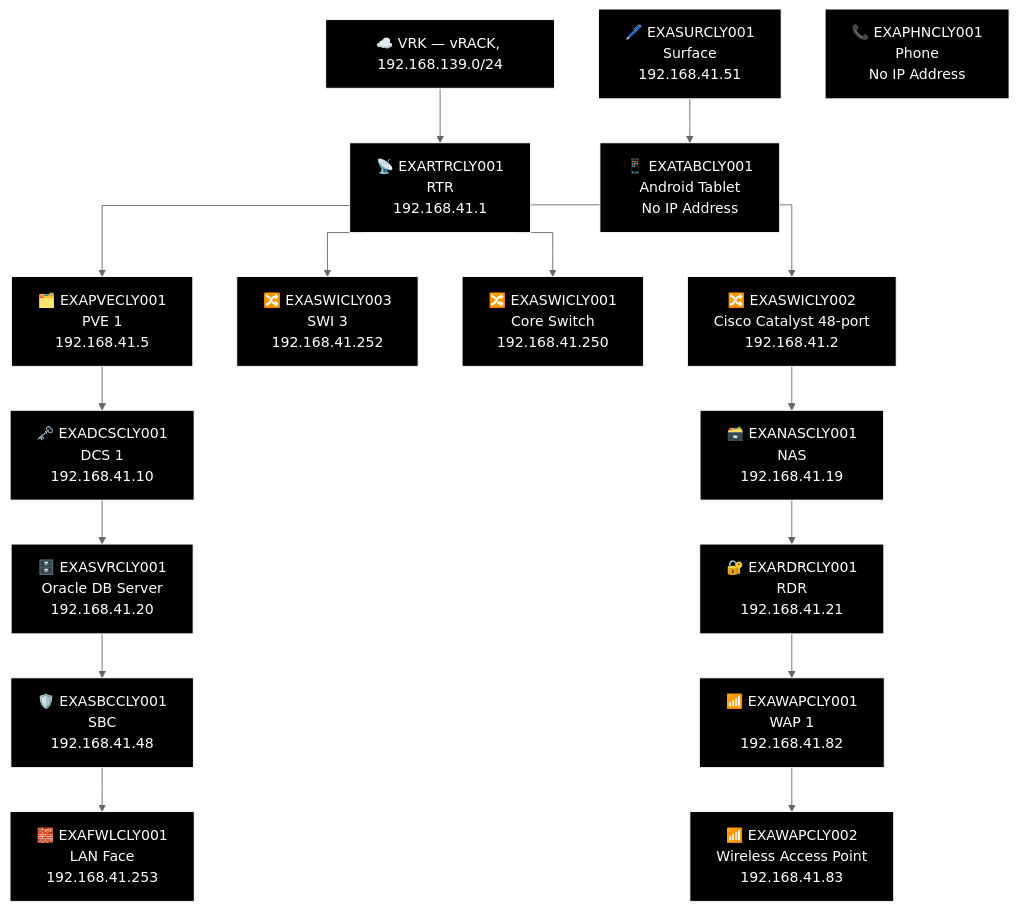
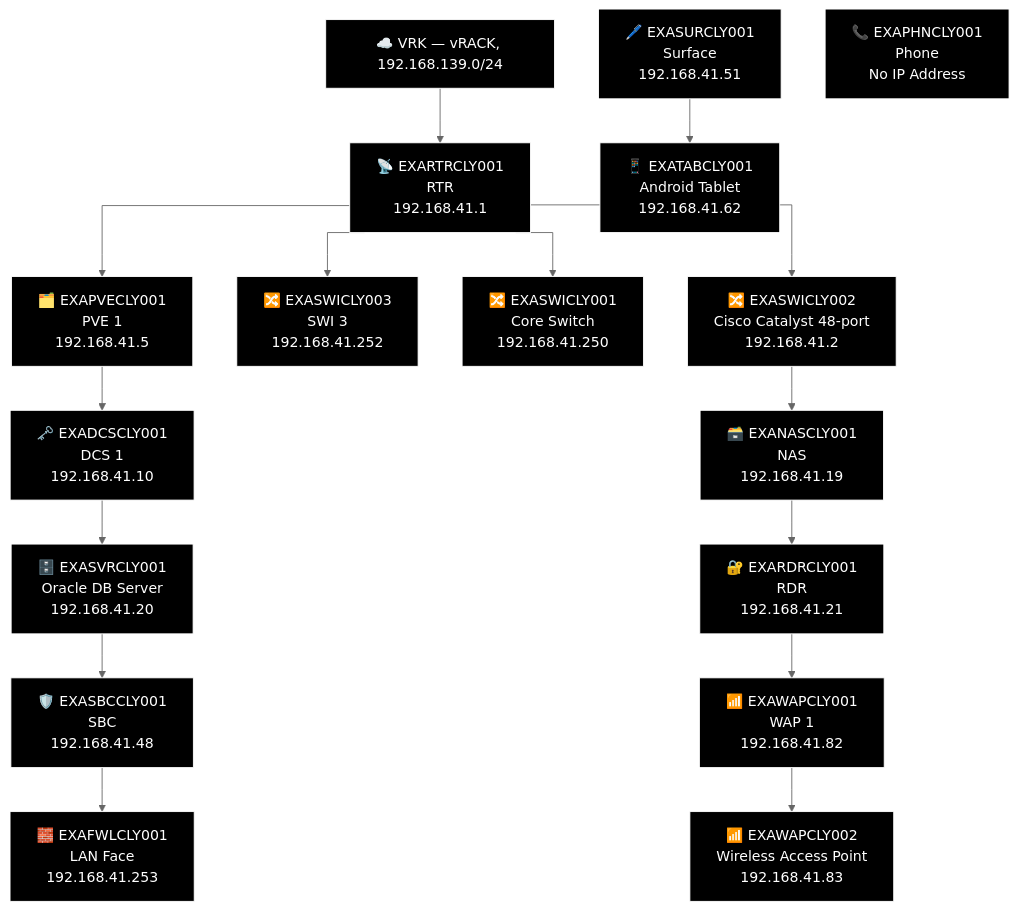
Before and after one commit to knightmare2600/example_music_infra: diagram 12 of 21 in docs/network-diagram/scotland.md, drawn with Mermaid (neutral theme). The commit also changed other lines of this file and 5 other files, not shown here.

````diff
--- a/docs/network-diagram/scotland.md
+++ b/docs/network-diagram/scotland.md
@@ -721,48 +726,48 @@
 ```mermaid
 %% GENERATED:TOPOLOGY:CLY:START
 %%{init: {'flowchart': {'curve': 'stepAfter'}}}%%
 graph TD
     T_VRK["☁️ VRK — vRACK, 192.168.139.0/24"]
     T_RTR["📡 EXARTRCLY001<br/>RTR<br/>192.168.41.1"]
     T_VRK --> T_RTR
     T_PVE["🗂️ EXAPVECLY001<br/>PVE 1<br/>192.168.41.5"]
     T_RTR --> T_PVE
     T_SWI["🔀 EXASWICLY003<br/>SWI 3<br/>192.168.41.252"]
     T_RTR --> T_SWI
     T_SWI2["🔀 EXASWICLY001<br/>Core Switch<br/>192.168.41.250"]
     T_RTR --> T_SWI2
     T_SWI3["🔀 EXASWICLY002<br/>Cisco Catalyst 48-port<br/>192.168.41.2"]
     T_RTR --> T_SWI3
     T_NAS["🗃️ EXANASCLY001<br/>NAS<br/>192.168.41.19"]
     T_RDR["🔐 EXARDRCLY001<br/>RDR<br/>192.168.41.21"]
     T_WAP["📶 EXAWAPCLY001<br/>WAP 1<br/>192.168.41.82"]
     T_WAP2["📶 EXAWAPCLY002<br/>Wireless Access Point<br/>192.168.41.83"]
     T_SWI3 --> T_NAS --> T_RDR --> T_WAP --> T_WAP2
     T_DCS["🗝️ EXADCSCLY001<br/>DCS 1<br/>192.168.41.10"]
     T_SVR["🗄️ EXASVRCLY001<br/>Oracle DB Server<br/>192.168.41.20"]
     T_SBC["🛡️ EXASBCCLY001<br/>SBC<br/>192.168.41.48"]
     T_FWL["🧱 EXAFWLCLY001<br/>LAN Face<br/>192.168.41.253"]
     T_PVE --> T_DCS --> T_SVR --> T_SBC --> T_FWL
     T_SUR["🖊️ EXASURCLY001<br/>Surface<br/>192.168.41.51"]
     T_PHN["📞 EXAPHNCLY001<br/>Phone<br/>No IP Address"]
-    T_TAB["📱 EXATABCLY001<br/>Android Tablet<br/>No IP Address"]
+    T_TAB["📱 EXATABCLY001<br/>Android Tablet<br/>192.168.41.62"]
     T_SUR --> T_TAB
     style T_VRK fill:#000000,stroke:#FFFFFF,color:#FFFFFF
     style T_RTR fill:#000000,stroke:#FFFFFF,color:#FFFFFF
     style T_PVE fill:#000000,stroke:#FFFFFF,color:#FFFFFF
     style T_SWI fill:#000000,stroke:#FFFFFF,color:#FFFFFF
     style T_SWI2 fill:#000000,stroke:#FFFFFF,color:#FFFFFF
     style T_SWI3 fill:#000000,stroke:#FFFFFF,color:#FFFFFF
     style T_NAS fill:#000000,stroke:#FFFFFF,color:#FFFFFF
     style T_RDR fill:#000000,stroke:#FFFFFF,color:#FFFFFF
     style T_WAP fill:#000000,stroke:#FFFFFF,color:#FFFFFF
     style T_WAP2 fill:#000000,stroke:#FFFFFF,color:#FFFFFF
     style T_DCS fill:#000000,stroke:#FFFFFF,color:#FFFFFF
     style T_SVR fill:#000000,stroke:#FFFFFF,color:#FFFFFF
     style T_SBC fill:#000000,stroke:#FFFFFF,color:#FFFFFF
     style T_FWL fill:#000000,stroke:#FFFFFF,color:#FFFFFF
     style T_SUR fill:#000000,stroke:#FFFFFF,color:#FFFFFF
     style T_PHN fill:#000000,stroke:#FFFFFF,color:#FFFFFF
     style T_TAB fill:#000000,stroke:#FFFFFF,color:#FFFFFF
 %% GENERATED:TOPOLOGY:CLY:END
 ```
````
